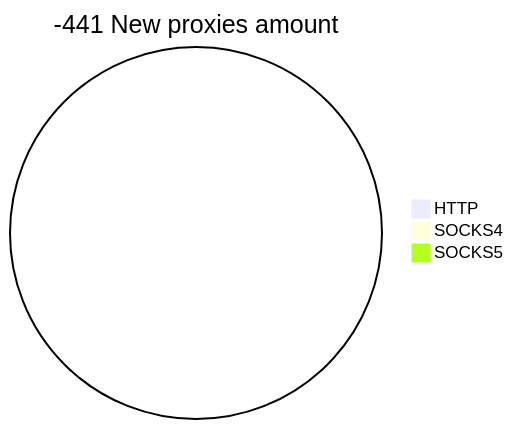
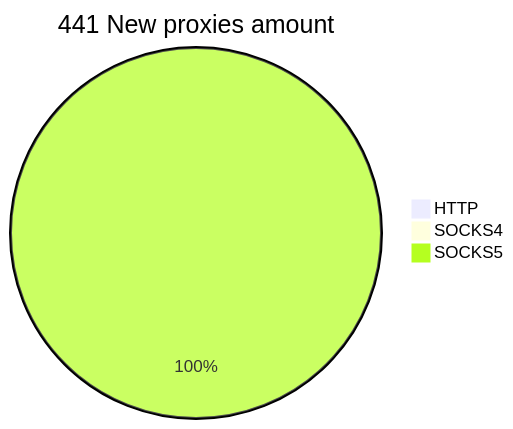
The second of 2 diagrams in README.md (cutipu/proxylist), drawn with Mermaid before and after one commit. The commit also changed other lines of this file, not shown here.

````diff
--- a/README.md
+++ b/README.md
@@ -10,6 +10,6 @@
 ```mermaid
-pie title -441 New proxies amount
+pie title 441 New proxies amount
     "HTTP" : 0
     "SOCKS4" : 0
-    "SOCKS5" : 0
+    "SOCKS5" : 442
 ```
````
